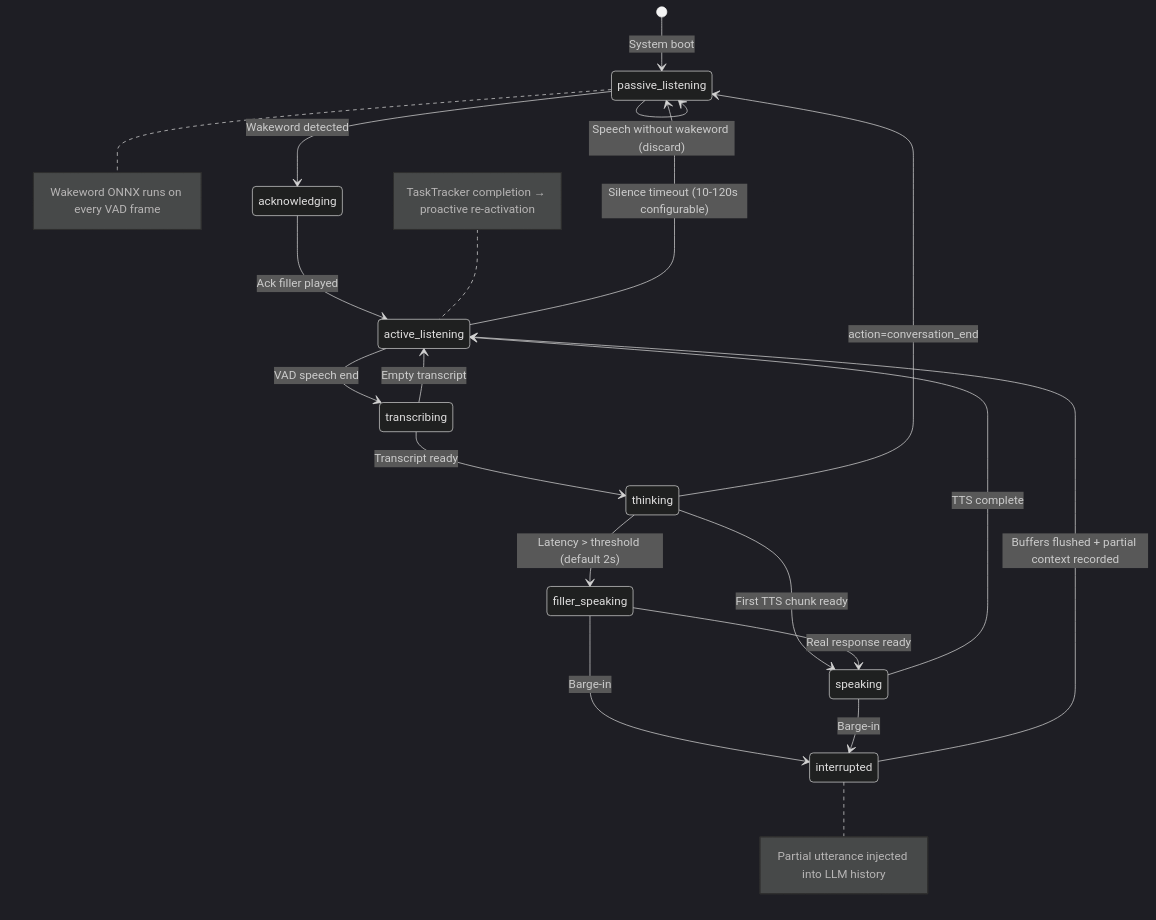
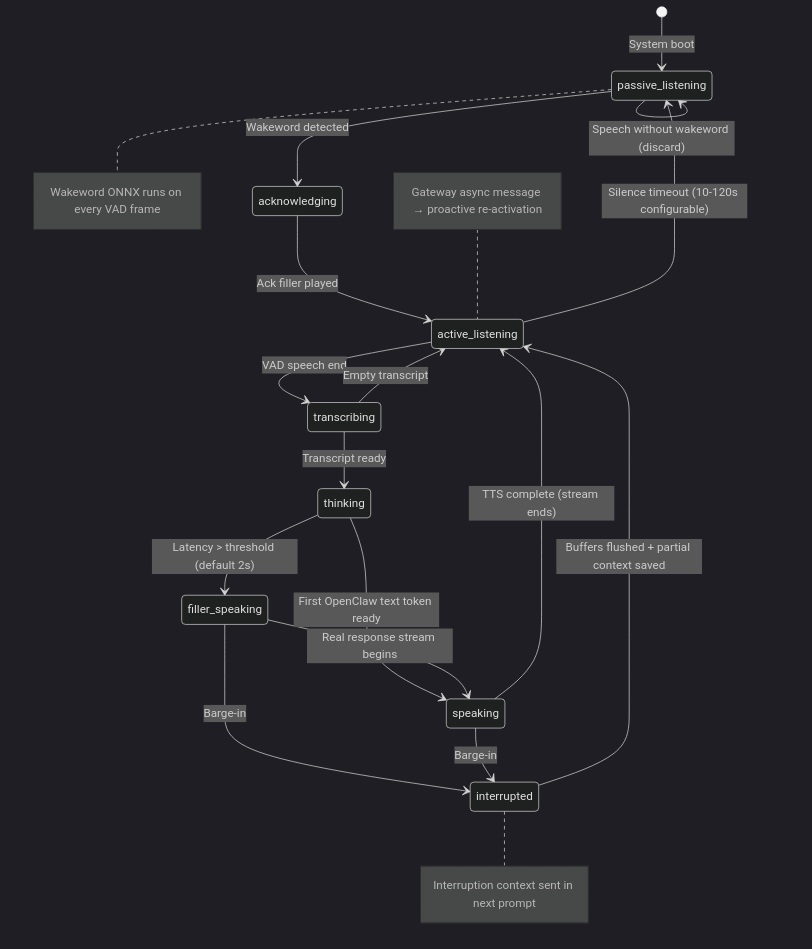
One commit to aiden-isaac/vocascade changed the third of 3 diagrams in specs/001-voice-satellite-core/plan.md. Above: the diagram before and after it, drawn with Mermaid (dark theme). The commit also changed other lines of this file and 7 other files, not shown here.

First line of the commit message:
docs: update specs for OpenClaw-only backend and Phase 8 tasks

````diff
--- a/specs/001-voice-satellite-core/plan.md
+++ b/specs/001-voice-satellite-core/plan.md
@@ -324,22 +306,21 @@
 ```mermaid
 stateDiagram-v2
     [*] --> passive_listening: System boot
     passive_listening --> acknowledging: Wakeword detected
     passive_listening --> passive_listening: Speech without wakeword (discard)
     acknowledging --> active_listening: Ack filler played
     active_listening --> transcribing: VAD speech end
     active_listening --> passive_listening: Silence timeout (10-120s configurable)
     transcribing --> thinking: Transcript ready
     transcribing --> active_listening: Empty transcript
-    thinking --> speaking: First TTS chunk ready
+    thinking --> speaking: First OpenClaw text token ready
     thinking --> filler_speaking: Latency > threshold (default 2s)
-    thinking --> passive_listening: action=conversation_end
-    filler_speaking --> speaking: Real response ready
+    filler_speaking --> speaking: Real response stream begins
     filler_speaking --> interrupted: Barge-in
-    speaking --> active_listening: TTS complete
+    speaking --> active_listening: TTS complete (stream ends)
     speaking --> interrupted: Barge-in
-    interrupted --> active_listening: Buffers flushed + partial context recorded
+    interrupted --> active_listening: Buffers flushed + partial context saved
     note right of passive_listening: Wakeword ONNX runs on every VAD frame
-    note right of interrupted: Partial utterance injected into LLM history
-    note left of active_listening: TaskTracker completion → proactive re-activation
+    note right of interrupted: Interruption context sent in next prompt
+    note left of active_listening: Gateway async message → proactive re-activation
 ```
````
